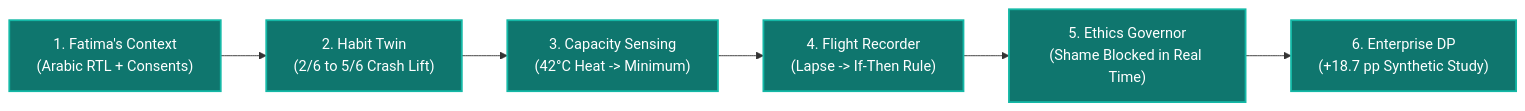
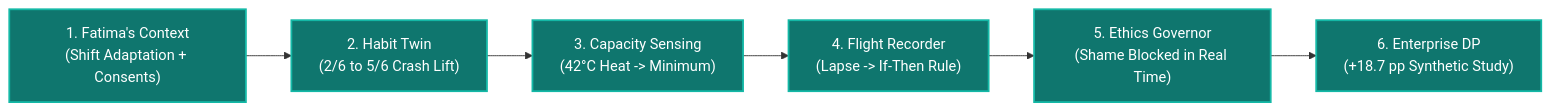
Before and after one commit to Mayank-iitj/Rebound: the fourth of 5 diagrams in README.md, drawn with Mermaid. The commit also changed other lines of this file, not shown here.

Commit message:
docs(readme): add desert observatory scroll choreography section and update architecture diagrams

````diff
--- a/README.md
+++ b/README.md
@@ -123,15 +149,15 @@
 ```mermaid
 graph LR
-    S1["1. Fatima's Context<br/>(Arabic RTL + Consents)"] --> S2["2. Habit Twin<br/>(2/6 to 5/6 Crash Lift)"]
+    S1["1. Fatima's Context<br/>(Shift Adaptation + Consents)"] --> S2["2. Habit Twin<br/>(2/6 to 5/6 Crash Lift)"]
     S2 --> S3["3. Capacity Sensing<br/>(42°C Heat -> Minimum)"]
     S3 --> S4["4. Flight Recorder<br/>(Lapse -> If-Then Rule)"]
     S4 --> S5["5. Ethics Governor<br/>(Shame Blocked in Real Time)"]
     S5 --> S6["6. Enterprise DP<br/>(+18.7 pp Synthetic Study)"]
 
     style S1 fill:#0f766e,stroke:#14b8a6,stroke-width:2px,color:#fff
     style S2 fill:#0f766e,stroke:#14b8a6,stroke-width:2px,color:#fff
     style S3 fill:#0f766e,stroke:#14b8a6,stroke-width:2px,color:#fff
     style S4 fill:#0f766e,stroke:#14b8a6,stroke-width:2px,color:#fff
     style S5 fill:#0f766e,stroke:#14b8a6,stroke-width:2px,color:#fff
     style S6 fill:#0f766e,stroke:#14b8a6,stroke-width:2px,color:#fff
 ```
````
